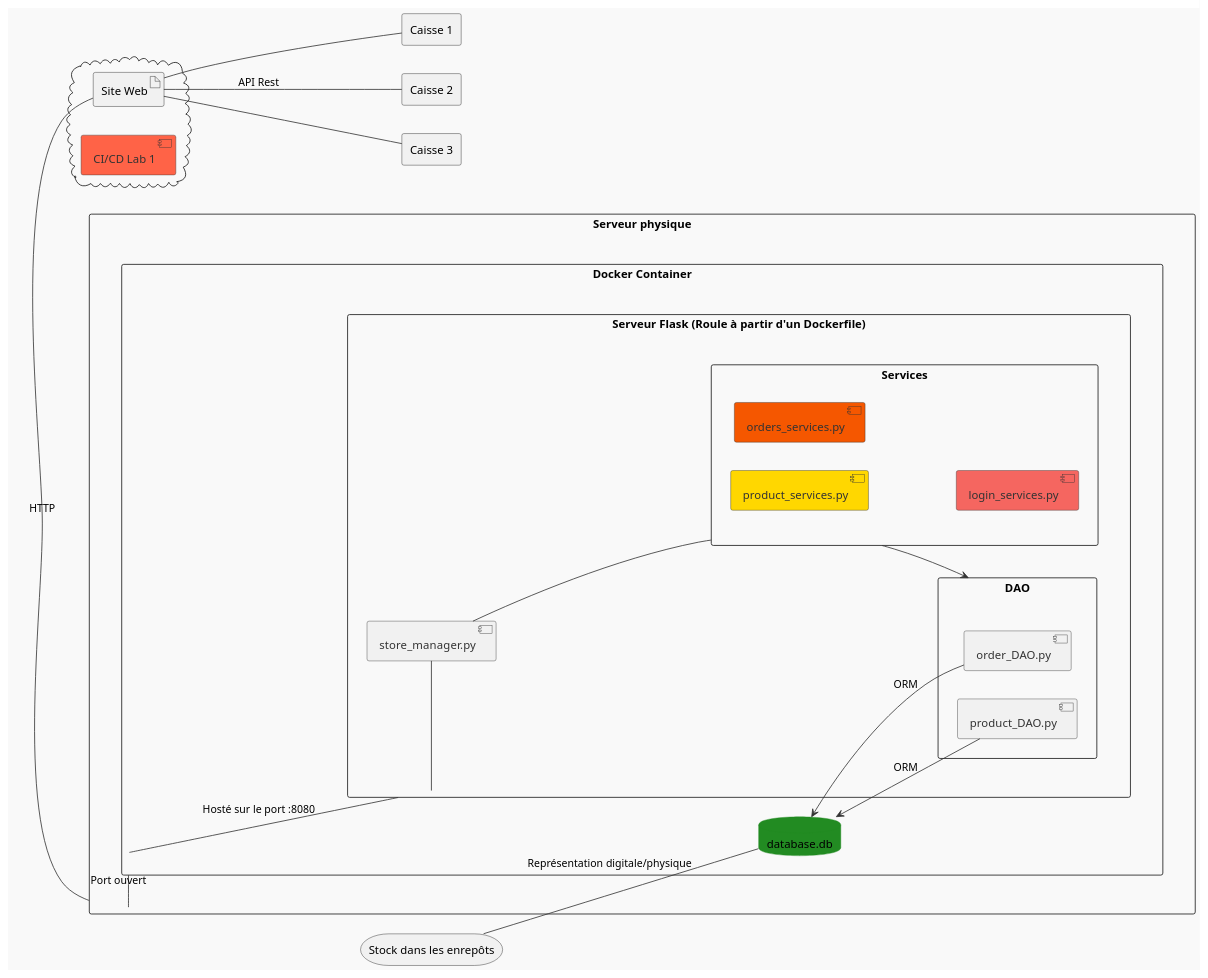
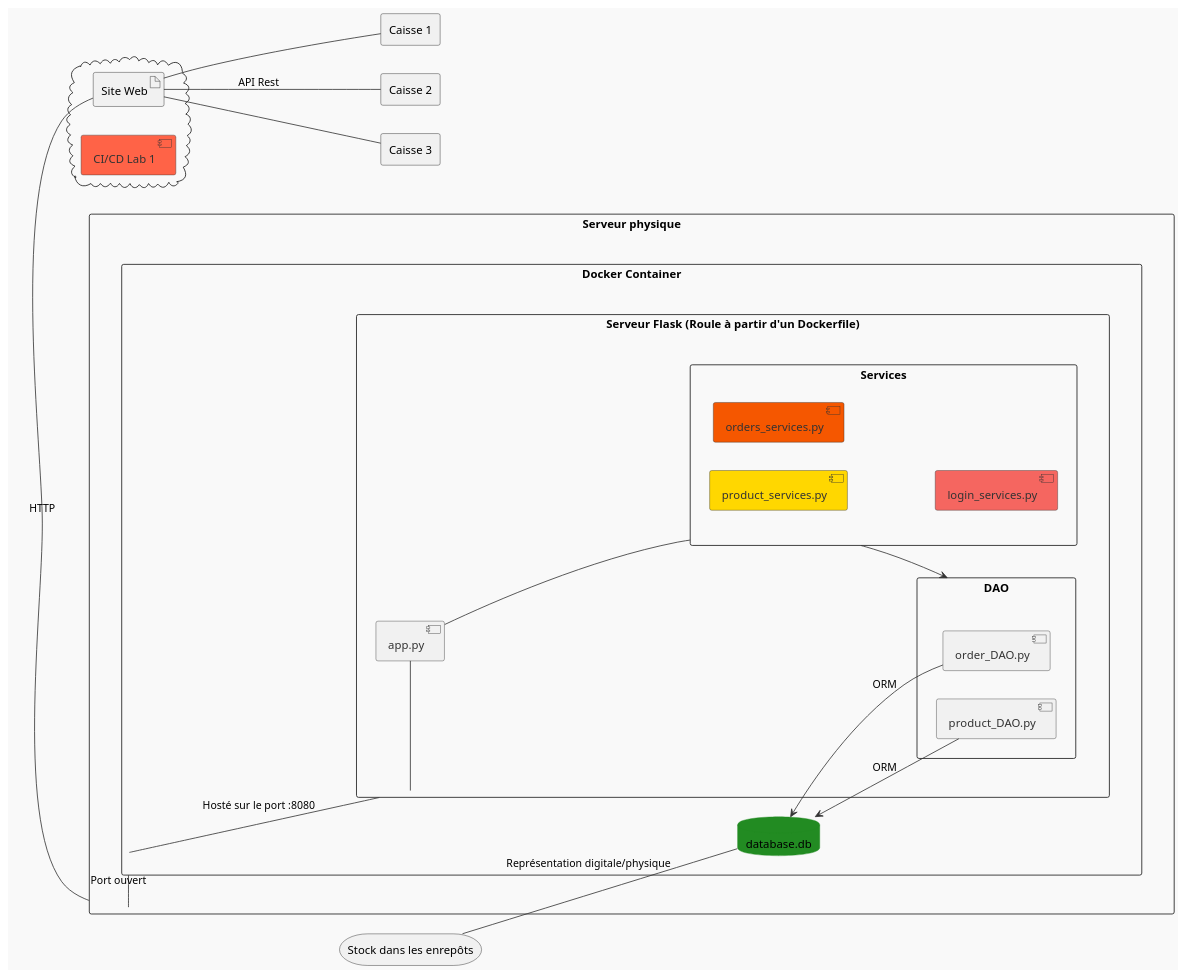
Before and after one commit to ErwanDerrien/GestionnaireMagasin: the diagram in documentation/UML/Deploiement/ContexteTechnique.puml, drawn with PlantUML. The commit also changed 3 other files, not shown here.

```diff
--- a/documentation/UML/Deploiement/ContexteTechnique.puml
+++ b/documentation/UML/Deploiement/ContexteTechnique.puml
@@ -1,62 +1,62 @@
 @startuml ContexteTechnique
 
 left to right direction
 
 skinparam {
     BackgroundColor #F9F9F9
     ArrowColor #333333
     ComponentBorderColor #333333
     ComponentFontColor #333333
     DatabaseBorderColor #228B22
     QueueBorderColor #FF8C00
     InterfaceBorderColor #1E90FF
 }
 
 
 rectangle "Serveur physique" as sp {
     rectangle "Docker Container" as dc {
 
         rectangle "Serveur Flask (Roule à partir d'un Dockerfile)" as sc {
-            component "store_manager.py" as sm
+            component "app.py" as sm
             rectangle Services {
                 component "product_services.py" as products #FFD700
                 component "orders_services.py" as orders #F55700
                 component "login_services.py" as login #F56660
 
 
             }
             rectangle DAO {
                 component "product_DAO.py" as pdao
                 component "order_DAO.py" as odao
             }
         }
         database "database.db" as db #228B22
     }
     dc -- sc : "Hosté sur le port :8080"
 }
 
 rectangle "Caisse 1" as c1
 rectangle "Caisse 2" as c2
 rectangle "Caisse 3" as c3
 
 cloud {
     component "CI/CD Lab 1" as cicd #FF6347
     artifact "Site Web" as sw
 }
 storage "Stock dans les enrepôts" as se
 
 Services --> DAO
 
 db <-- pdao : ORM
 db <-- odao : ORM
 
 se -- db : Représentation digitale/physique
 sp - dc : Port ouvert
 sw - sp : HTTP
 sm - sc
 sm -- Services
 sw -- c1
 sw -- c2 : "API Rest"
 sw -- c3
 
 @enduml
```
